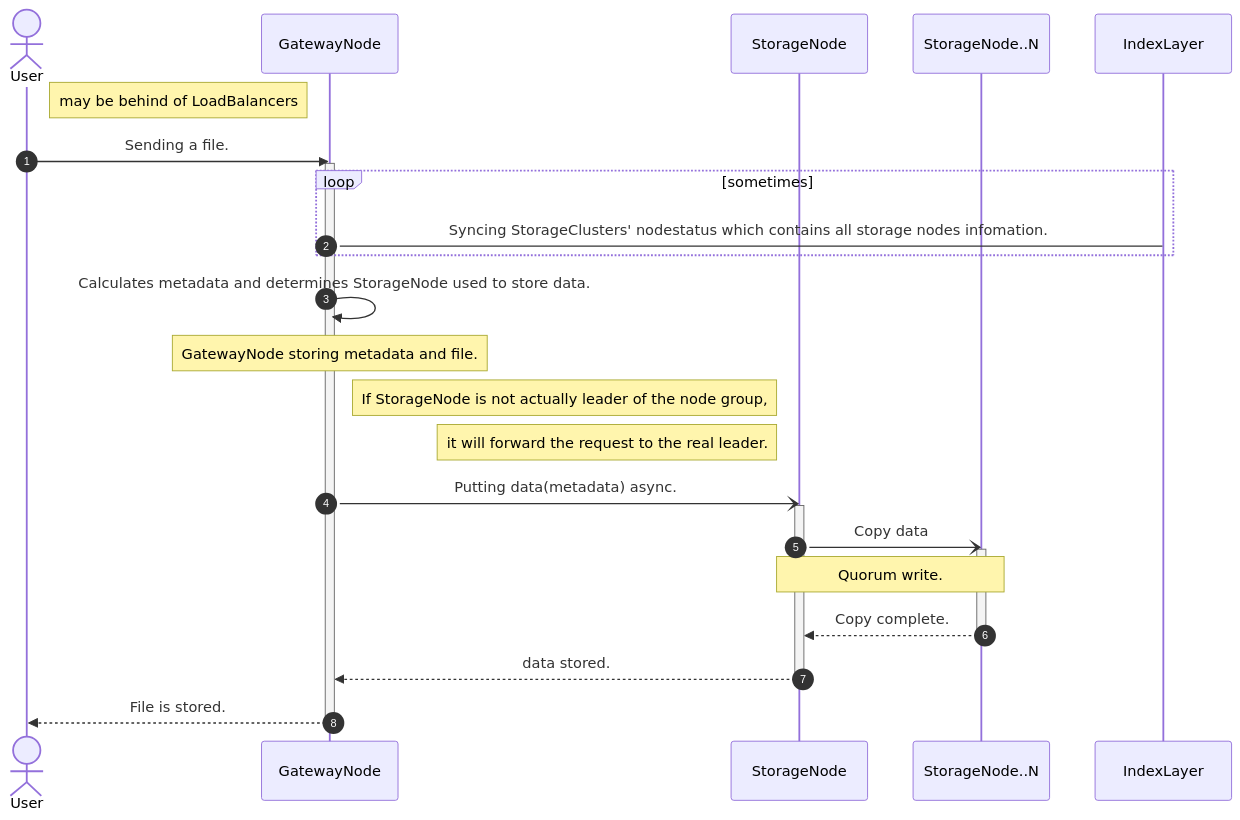
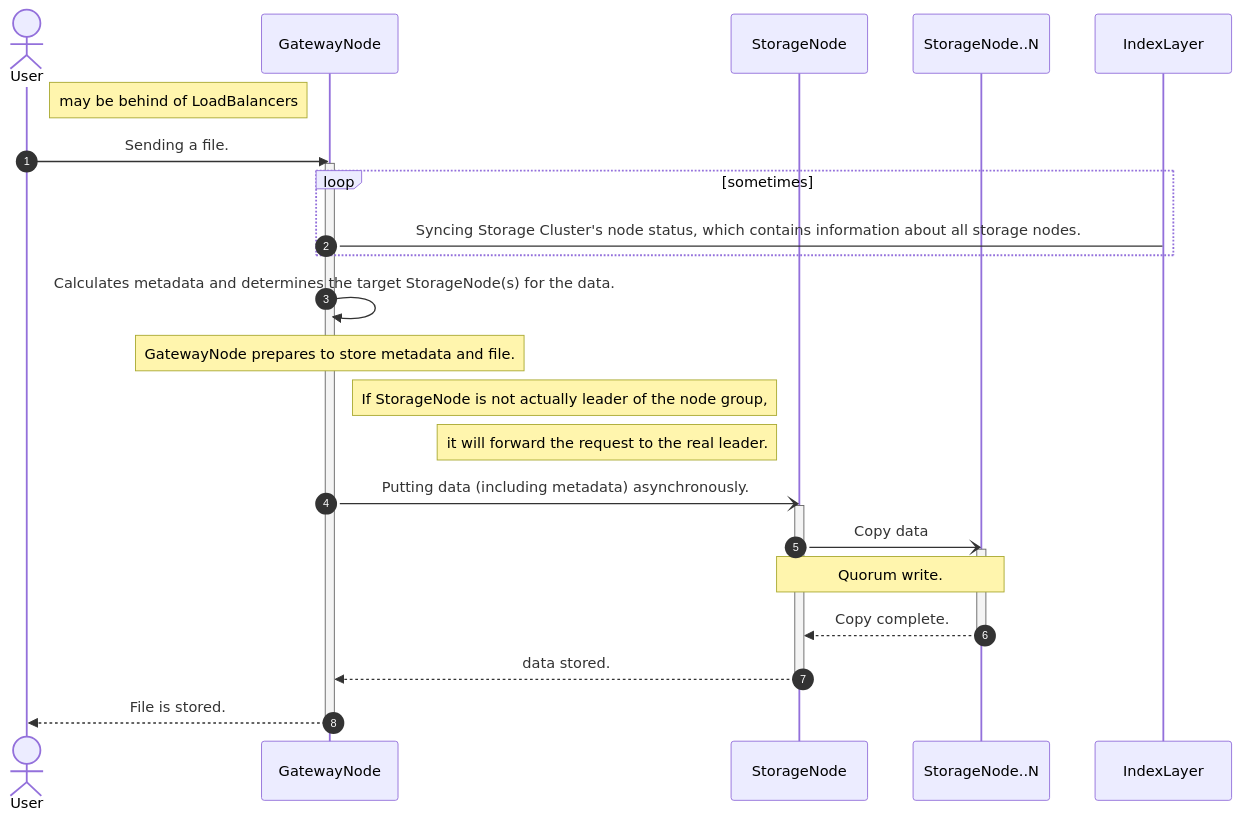
The first of 3 diagrams in README.md (emon100/HADSS), drawn with Mermaid before and after one commit. The commit also changed other lines of this file and 4 other files, not shown here.

````diff
--- a/README.md
+++ b/README.md
@@ -43,33 +44,33 @@
 ```mermaid
 sequenceDiagram
     autonumber
     actor User
     participant GatewayNode
     participant StorageNode
     participant StorageNode..N
     
     Note right of User: may be behind of LoadBalancers
     User->>GatewayNode: Sending a file.
     activate GatewayNode
     
     loop sometimes
-        GatewayNode->IndexLayer: Syncing StorageClusters' nodestatus which contains all storage nodes infomation.
+        GatewayNode->IndexLayer: Syncing Storage Cluster's node status, which contains information about all storage nodes.
     end
     
-    GatewayNode->>GatewayNode: Calculates metadata and determines StorageNode used to store data.
+    GatewayNode->>GatewayNode: Calculates metadata and determines the target StorageNode(s) for the data.
     
-    Note over GatewayNode, GatewayNode: GatewayNode storing metadata and file.
+    Note over GatewayNode, GatewayNode: GatewayNode prepares to store metadata and file.
     Note left of StorageNode: If StorageNode is not actually leader of the node group,
     Note left of StorageNode: it will forward the request to the real leader.
-    GatewayNode-)StorageNode: Putting data(metadata) async.
+    GatewayNode-)StorageNode: Putting data (including metadata) asynchronously.
     activate StorageNode
     StorageNode-)StorageNode..N: Copy data
     activate StorageNode..N
     Note over StorageNode, StorageNode..N: Quorum write.
     StorageNode..N-->>StorageNode: Copy complete.
     deactivate StorageNode..N
     StorageNode-->>GatewayNode: data stored.
     deactivate StorageNode
     GatewayNode-->>User: File is stored.
     deactivate GatewayNode
 ```
````
